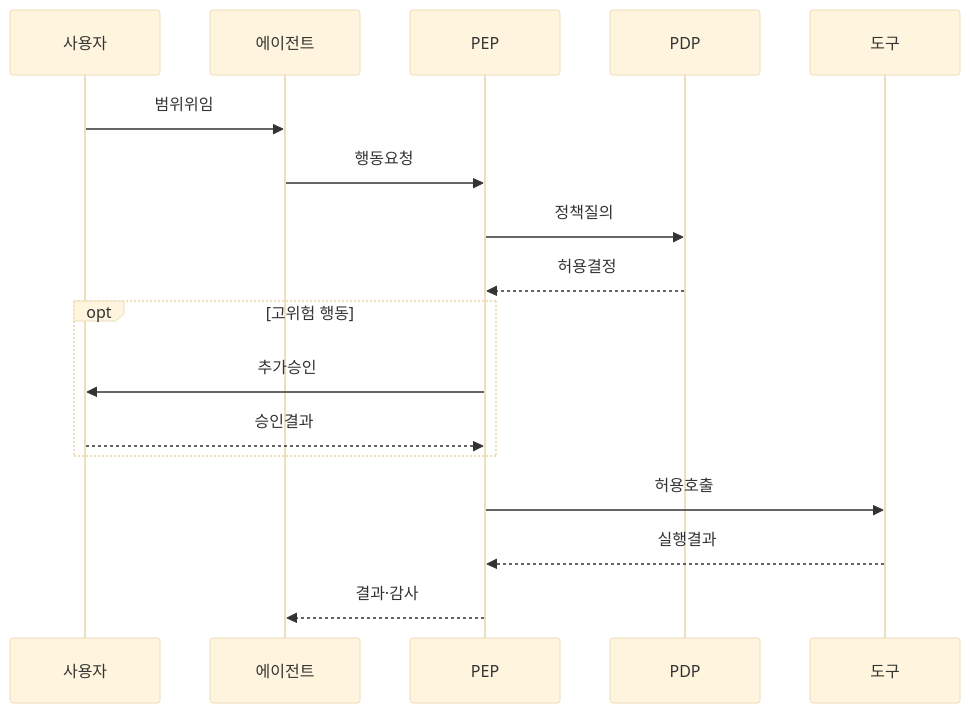
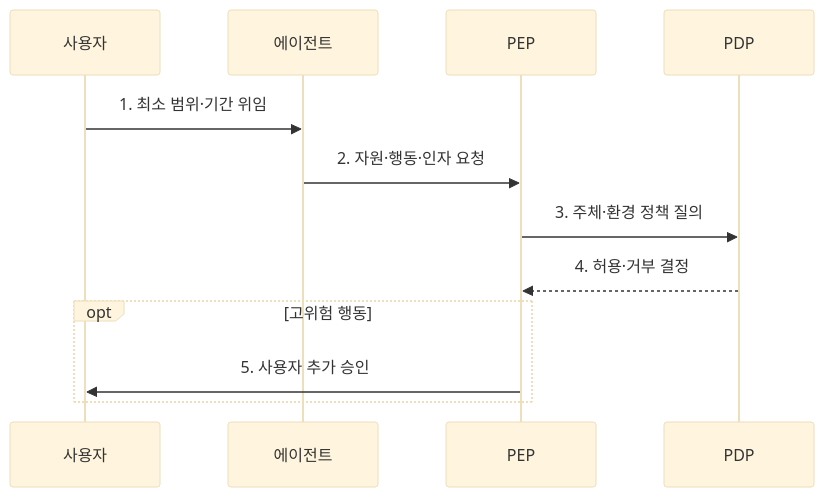
The second of 2 diagrams in src/content/docs/notes/08-latest-tech/017_agent_authorization_control.md (agnusdei1207/knowledge-base), drawn with Mermaid (base theme) before and after one commit. The commit also changed other lines of this file and 16 other files, not shown here.

Commit message:
Add SVM chart comparisons and continue latest technology rewrite

````diff
--- a/src/content/docs/notes/08-latest-tech/017_agent_authorization_control.md
+++ b/src/content/docs/notes/08-latest-tech/017_agent_authorization_control.md
@@ -76,19 +75,14 @@
 ```mermaid
 sequenceDiagram
     participant U as 사용자
     participant A as 에이전트
     participant E as PEP
     participant D as PDP
-    participant T as 도구
-    U->>A: 범위위임
-    A->>E: 행동요청
-    E->>D: 정책질의
-    D-->>E: 허용결정
+    U->>A: 1. 최소 범위·기간 위임
+    A->>E: 2. 자원·행동·인자 요청
+    E->>D: 3. 주체·환경 정책 질의
+    D-->>E: 4. 허용·거부 결정
     opt 고위험 행동
-        E->>U: 추가승인
-        U-->>E: 승인결과
+        E->>U: 5. 사용자 추가 승인
     end
-    E->>T: 허용호출
-    T-->>E: 실행결과
-    E-->>A: 결과·감사
 ```
````
